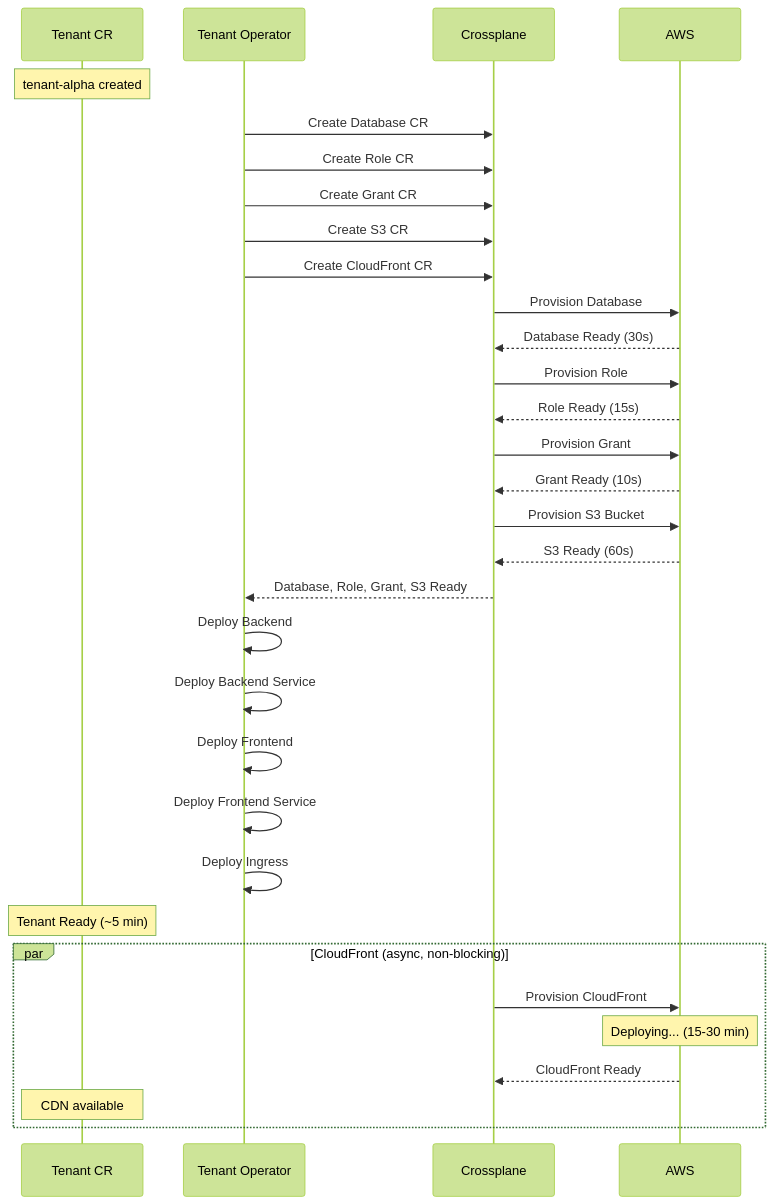
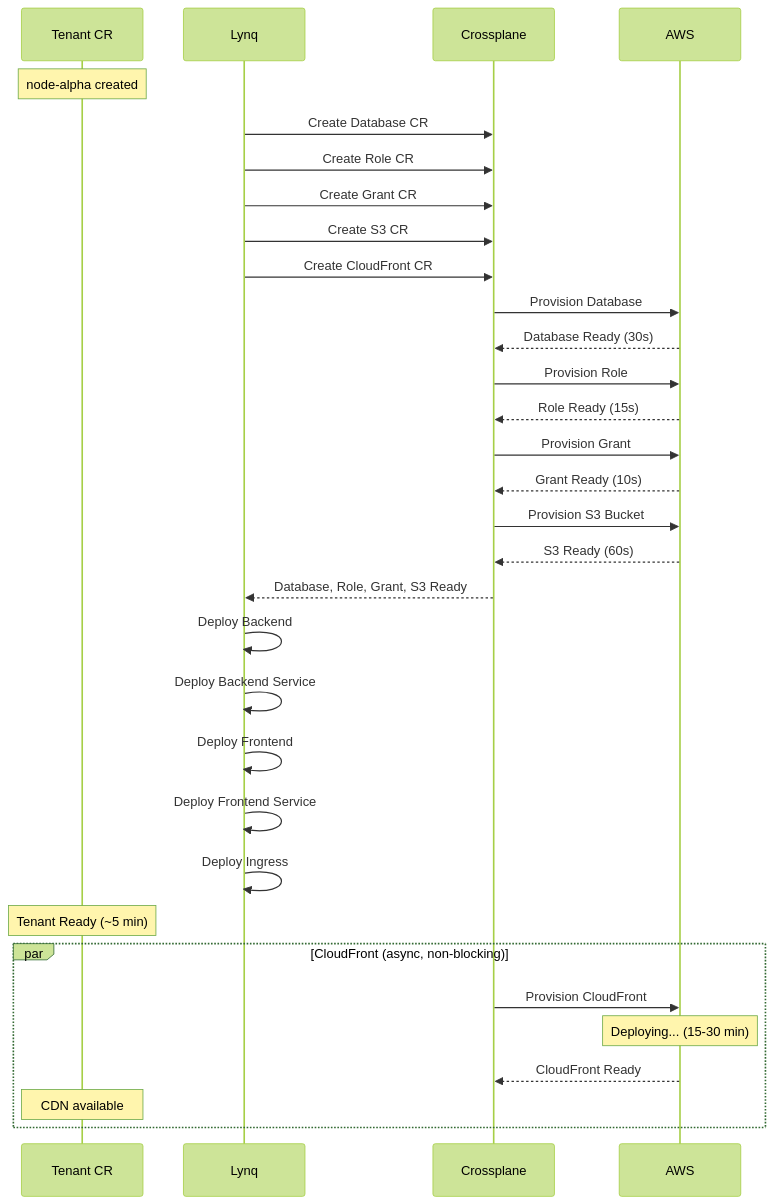
One commit to kubernetes-tenants/tenant-operator changed the second of 2 diagrams in docs/integration-crossplane.md. Above: the diagram before and after it, drawn with Mermaid (forest theme). The commit also changed other lines of this file and 193 other files, not shown here.

````diff
--- a/docs/integration-crossplane.md
+++ b/docs/integration-crossplane.md
@@ -52,40 +52,40 @@
 ```mermaid
 sequenceDiagram
     participant T as Tenant CR
-    participant TO as Tenant Operator
+    participant TO as Lynq
     participant XP as Crossplane
     participant AWS as AWS
 
-    Note over T: tenant-alpha created
+    Note over T: node-alpha created
 
     TO->>XP: Create Database CR
     TO->>XP: Create Role CR
     TO->>XP: Create Grant CR
     TO->>XP: Create S3 CR
     TO->>XP: Create CloudFront CR
 
     XP->>AWS: Provision Database
     AWS-->>XP: Database Ready (30s)
     XP->>AWS: Provision Role
     AWS-->>XP: Role Ready (15s)
     XP->>AWS: Provision Grant
     AWS-->>XP: Grant Ready (10s)
     XP->>AWS: Provision S3 Bucket
     AWS-->>XP: S3 Ready (60s)
 
     XP-->>TO: Database, Role, Grant, S3 Ready
     TO->>TO: Deploy Backend
     TO->>TO: Deploy Backend Service
     TO->>TO: Deploy Frontend
     TO->>TO: Deploy Frontend Service
     TO->>TO: Deploy Ingress
 
     Note over T: Tenant Ready (~5 min)
 
     par CloudFront (async, non-blocking)
         XP->>AWS: Provision CloudFront
         Note over AWS: Deploying... (15-30 min)
         AWS-->>XP: CloudFront Ready
         Note over T: CDN available
     end
 ```
````
